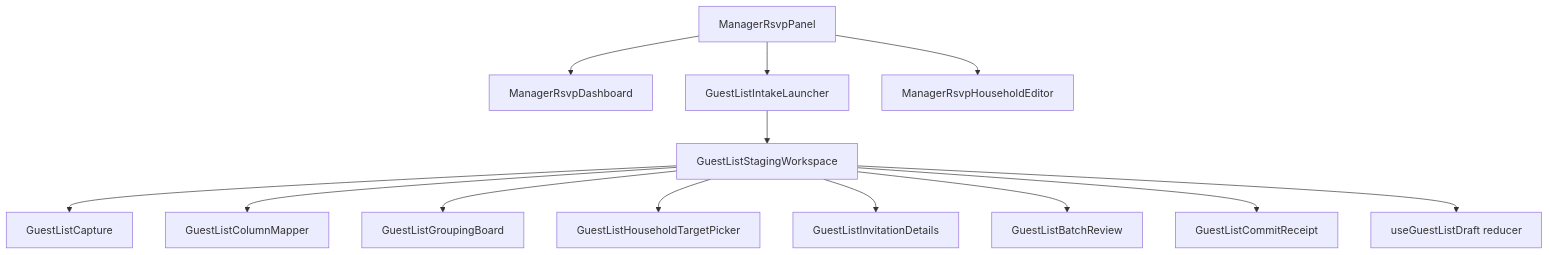
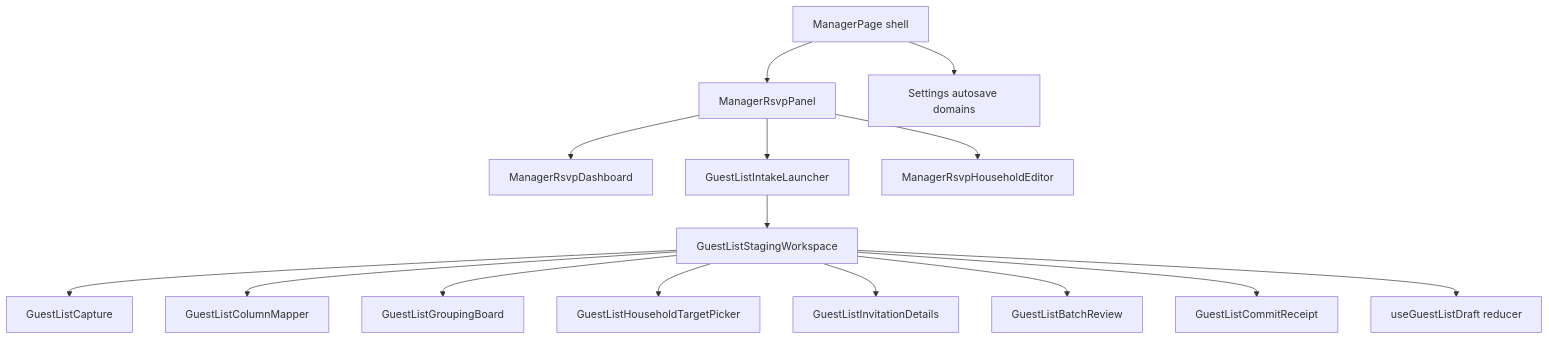
The second of 2 diagrams in docs/superpowers/specs/2026-08-01-rsvp-guest-list-intake-design.md (henryperkins/candidary), drawn with Mermaid before and after one commit. The commit also changed other lines of this file and 1 other file, not shown here.

````diff
--- a/docs/superpowers/specs/2026-08-01-rsvp-guest-list-intake-design.md
+++ b/docs/superpowers/specs/2026-08-01-rsvp-guest-list-intake-design.md
@@ -311,16 +319,18 @@
 ```mermaid
 flowchart TD
-    PANEL[ManagerRsvpPanel]
+    SHELL[ManagerPage shell]
+    SHELL --> PANEL[ManagerRsvpPanel]
+    SHELL --> SETTINGS[Settings autosave domains]
     PANEL --> DASH[ManagerRsvpDashboard]
     PANEL --> LAUNCH[GuestListIntakeLauncher]
     PANEL --> EDITOR[ManagerRsvpHouseholdEditor]
     LAUNCH --> WORKSPACE[GuestListStagingWorkspace]
     WORKSPACE --> CAPTURE[GuestListCapture]
     WORKSPACE --> MAP[GuestListColumnMapper]
     WORKSPACE --> GROUP[GuestListGroupingBoard]
     WORKSPACE --> TARGET[GuestListHouseholdTargetPicker]
     WORKSPACE --> DETAILS[GuestListInvitationDetails]
     WORKSPACE --> REVIEW[GuestListBatchReview]
     WORKSPACE --> RECEIPT[GuestListCommitReceipt]
     WORKSPACE --> REDUCER[useGuestListDraft reducer]
 ```
````
